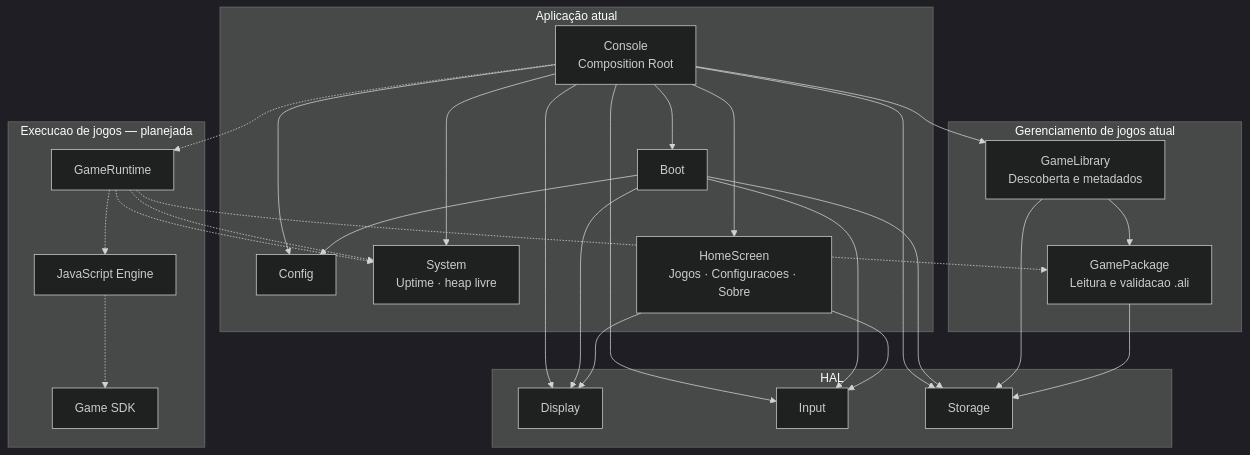
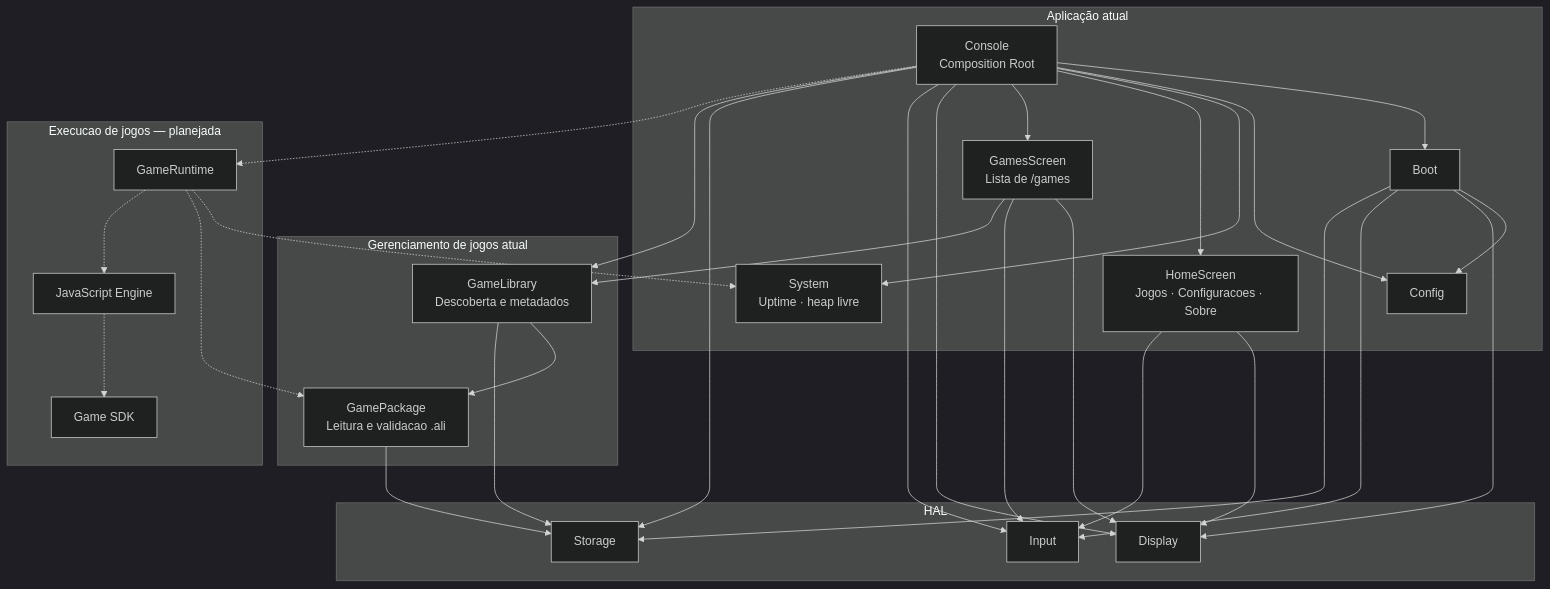
The first of 3 diagrams in README.md (AlisonSimiao/micro-console), drawn with Mermaid (dark theme) before and after one commit. The commit also changed other lines of this file and 5 other files, not shown here.

````diff
--- a/README.md
+++ b/README.md
@@ -27,53 +29,57 @@
 ```mermaid
 flowchart TB
     subgraph APP["Aplicação atual"]
         Console["Console<br/>Composition Root"]
         Boot["Boot"]
         Config["Config"]
         System["System<br/>Uptime · heap livre"]
         HomeScreen["HomeScreen<br/>Jogos · Configuracoes · Sobre"]
+        GamesScreen["GamesScreen<br/>Lista de /games"]
     end
 
     subgraph HAL["HAL"]
         Display["Display"]
         Input["Input"]
         Storage["Storage"]
     end
 
     subgraph GAMES["Gerenciamento de jogos atual"]
         Library["GameLibrary<br/>Descoberta e metadados"]
         Package["GamePackage<br/>Leitura e validacao .ali"]
     end
 
     subgraph FUTURE["Execucao de jogos — planejada"]
         Runtime["GameRuntime"]
         Engine["JavaScript Engine"]
         SDK["Game SDK"]
     end
 
     Console --> Boot
     Console --> Config
     Console --> System
     Console --> HomeScreen
+    Console --> GamesScreen
     Console --> Display
     Console --> Input
     Console --> Storage
     Console --> Library
 
     Boot --> Config
     Boot --> Display
     Boot --> Input
     Boot --> Storage
     HomeScreen --> Display
     HomeScreen --> Input
+    GamesScreen --> Display
+    GamesScreen --> Input
+    GamesScreen --> Library
     Library --> Package
     Library --> Storage
     Package --> Storage
 
     Console -.-> Runtime
     Runtime -.-> System
     Runtime -.-> Package
     Runtime -.-> Engine
     Engine -.-> SDK
-    Runtime -.-> System
 ```
````
